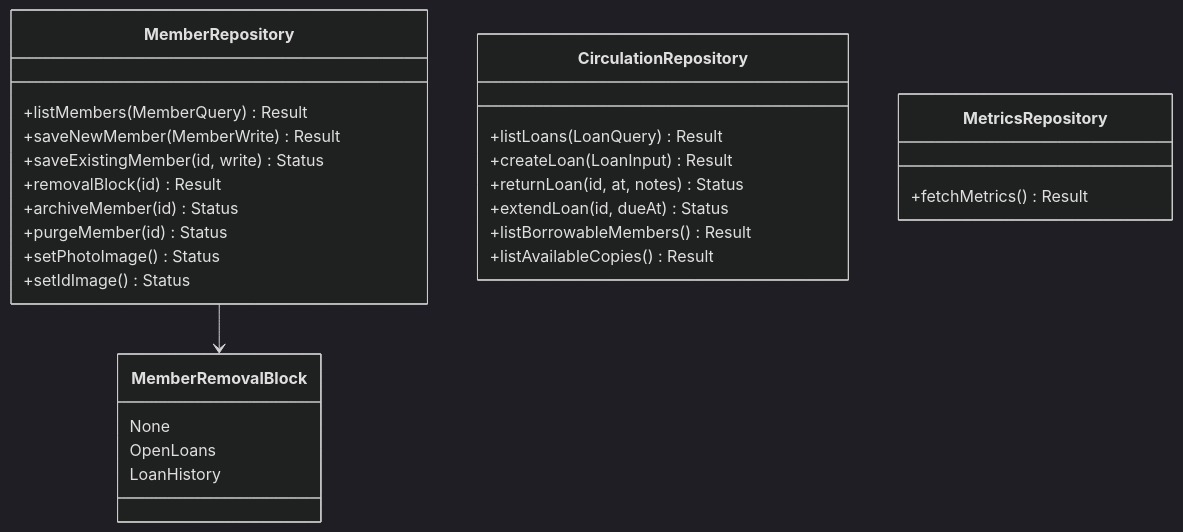
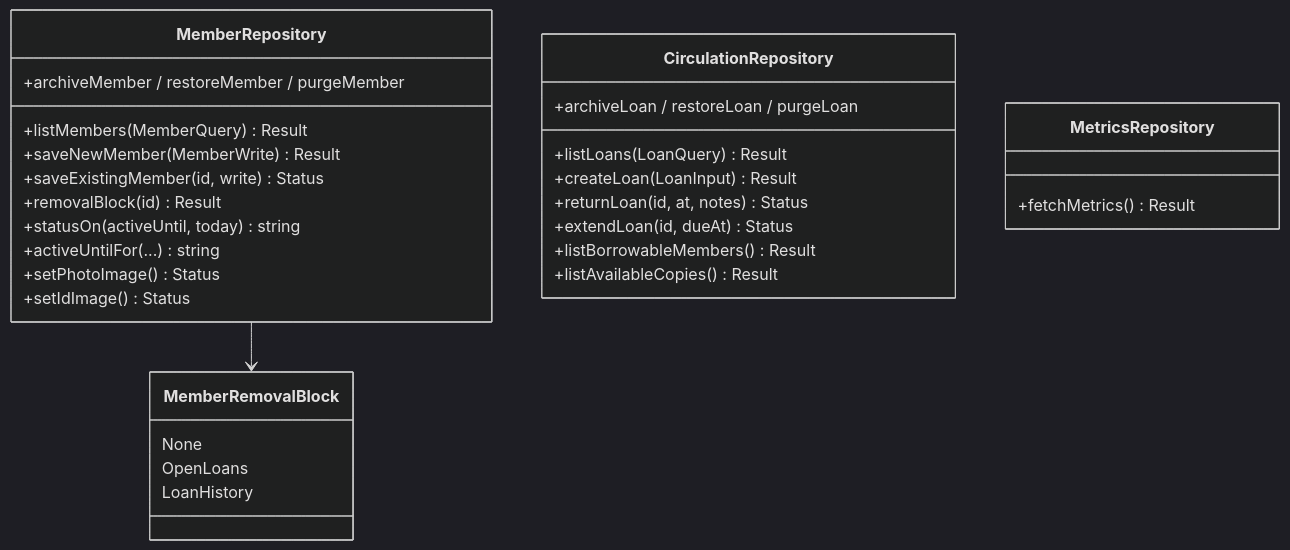
One commit to medaminben/VLMS changed diagram 13 of 27 in docs/architecture/beta-uml.md. Above: the diagram before and after it, drawn with Mermaid (dark theme). The commit also changed other lines of this file, not shown here.

Commit message:
Refresh the Beta UML for the library split and schema 7.

````diff
--- a/docs/architecture/beta-uml.md
+++ b/docs/architecture/beta-uml.md
@@ -383,31 +446,33 @@
 ```mermaid
 classDiagram
     direction TB
     class MemberRepository {
         +listMembers(MemberQuery) Result
         +saveNewMember(MemberWrite) Result
         +saveExistingMember(id, write) Status
         +removalBlock(id) Result
-        +archiveMember(id) Status
-        +purgeMember(id) Status
+        +archiveMember / restoreMember / purgeMember
+        +statusOn(activeUntil, today) string
+        +activeUntilFor(...) string
         +setPhotoImage() Status
         +setIdImage() Status
     }
     class MemberRemovalBlock {
         None
         OpenLoans
         LoanHistory
     }
     class CirculationRepository {
         +listLoans(LoanQuery) Result
         +createLoan(LoanInput) Result
         +returnLoan(id, at, notes) Status
         +extendLoan(id, dueAt) Status
+        +archiveLoan / restoreLoan / purgeLoan
         +listBorrowableMembers() Result
         +listAvailableCopies() Result
     }
     class MetricsRepository {
         +fetchMetrics() Result
     }
     MemberRepository --> MemberRemovalBlock
 ```
````
